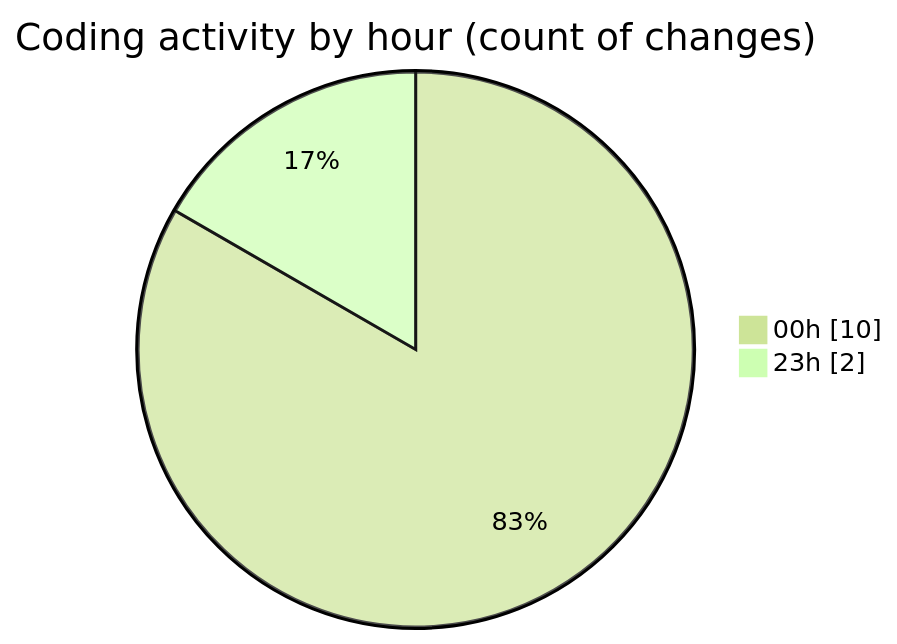
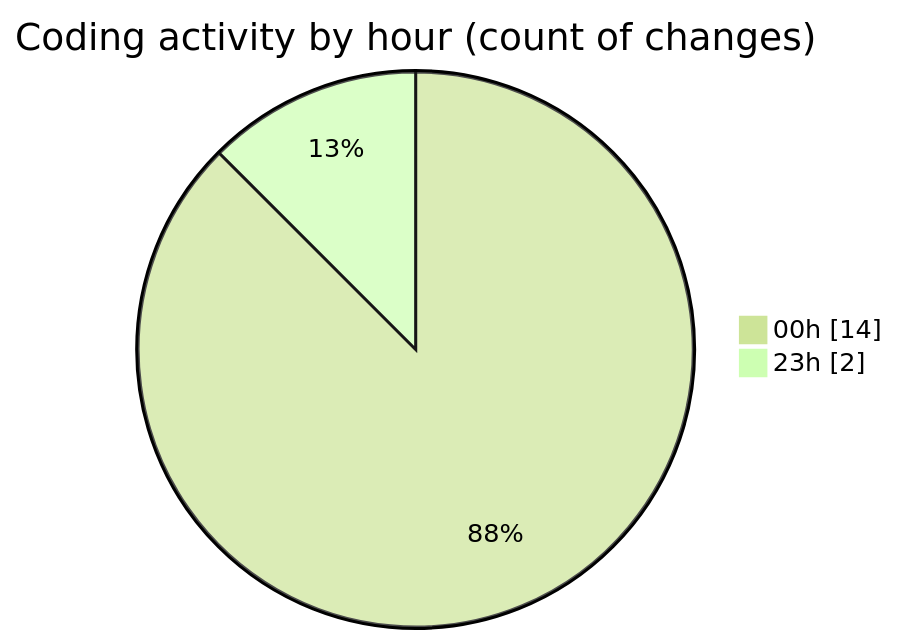
The second of 2 diagrams in 2025-08-13/rentotp/README.md (lephambinh05/code-tracking), drawn with Mermaid (forest theme) before and after one commit. The commit also changed other lines of this file and 1 other file, not shown here.

````diff
--- a/2025-08-13/rentotp/README.md
+++ b/2025-08-13/rentotp/README.md
@@ -35,6 +37,6 @@
 ```mermaid
 pie showData
 title Coding activity by hour (count of changes)
-"00h" : 10
+"00h" : 14
 "23h" : 2
 ```
````
